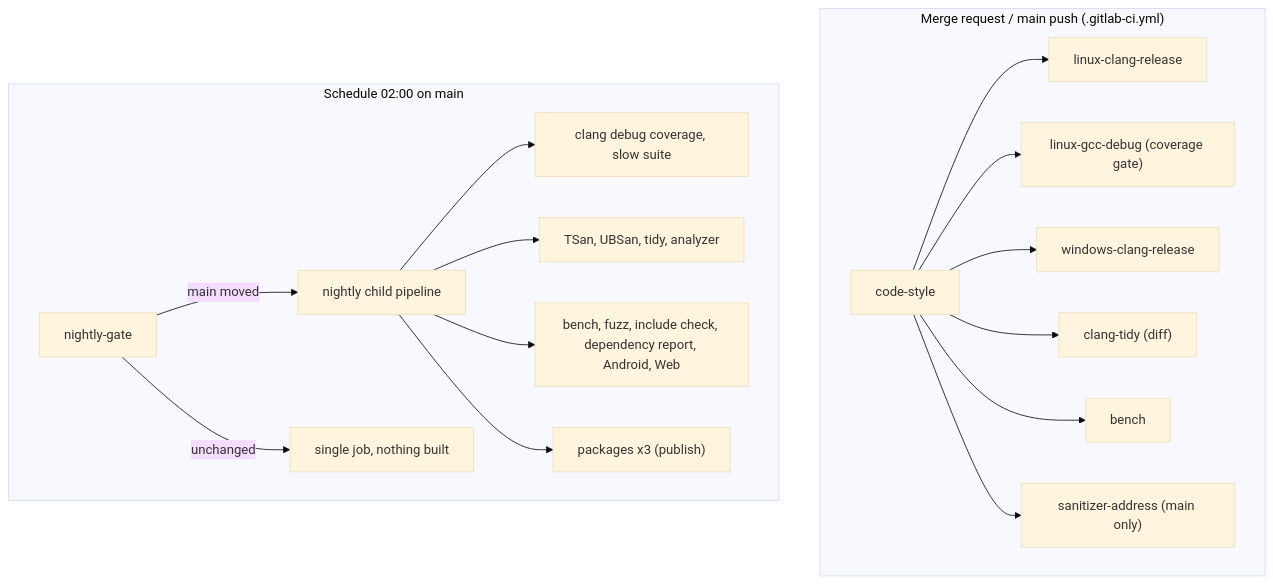
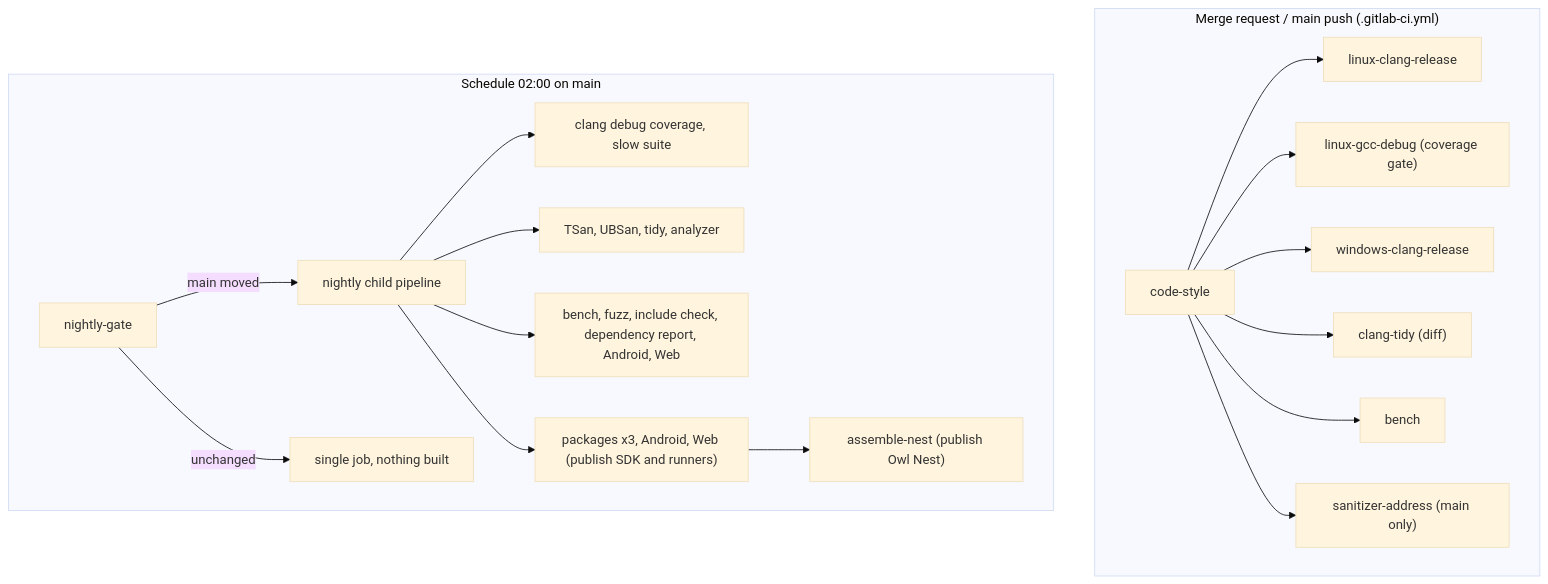
The first of 2 diagrams in doc/pages/continuous_integration.md (Silmaen/Owl), drawn with Mermaid (base theme) before and after one commit. The commit also changed other lines of this file and 44 other files, not shown here.

````diff
--- a/doc/pages/continuous_integration.md
+++ b/doc/pages/continuous_integration.md
@@ -34,19 +34,20 @@
 ```mermaid
 flowchart TD
     subgraph MR["Merge request / main push (.gitlab-ci.yml)"]
         CS["code-style"] --> LCR["linux-clang-release"]
         CS --> GCC["linux-gcc-debug (coverage gate)"]
         CS --> WIN["windows-clang-release"]
         CS --> TIDY["clang-tidy (diff)"]
         CS --> BENCH["bench"]
         CS --> ASAN["sanitizer-address (main only)"]
     end
     subgraph NIGHT["Schedule 02:00 on main"]
         GATE["nightly-gate"] -->|"main moved"| CHILD["nightly child pipeline"]
         GATE -->|"unchanged"| SKIP["single job, nothing built"]
         CHILD --> N1["clang debug coverage, slow suite"]
         CHILD --> N2["TSan, UBSan, tidy, analyzer"]
         CHILD --> N3["bench, fuzz, include check, dependency report, Android, Web"]
-        CHILD --> N4["packages x3 (publish)"]
+        CHILD --> N4["packages x3, Android, Web (publish SDK and runners)"]
+        N4 --> N5["assemble-nest (publish Owl Nest)"]
     end
 ```
````
